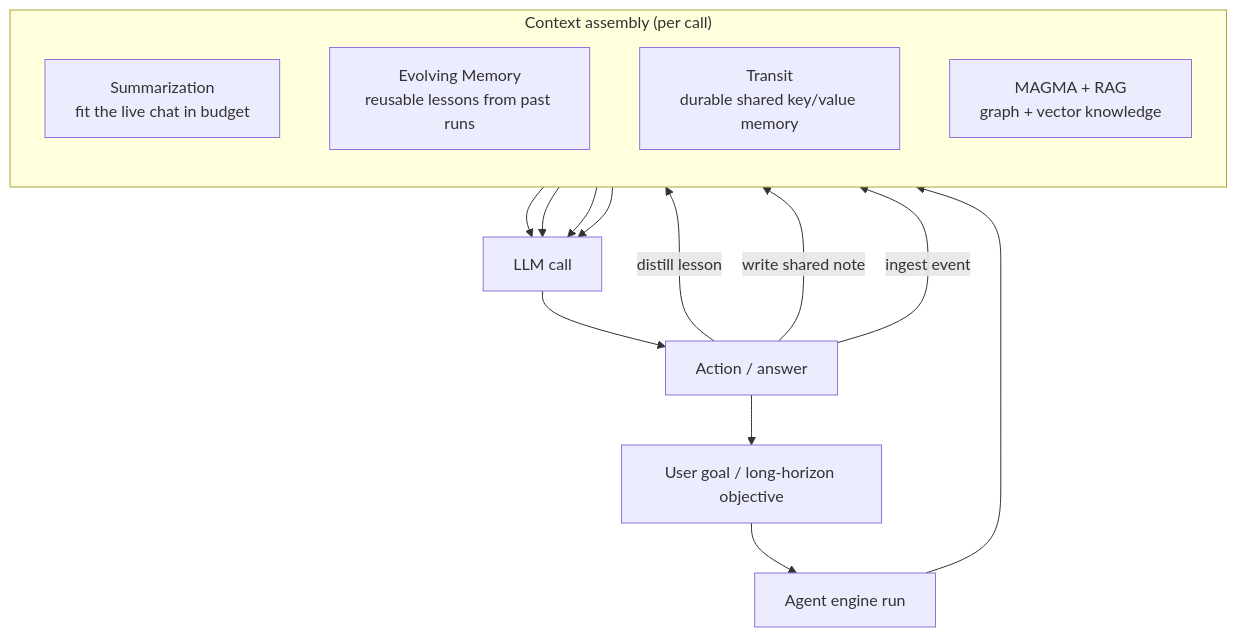
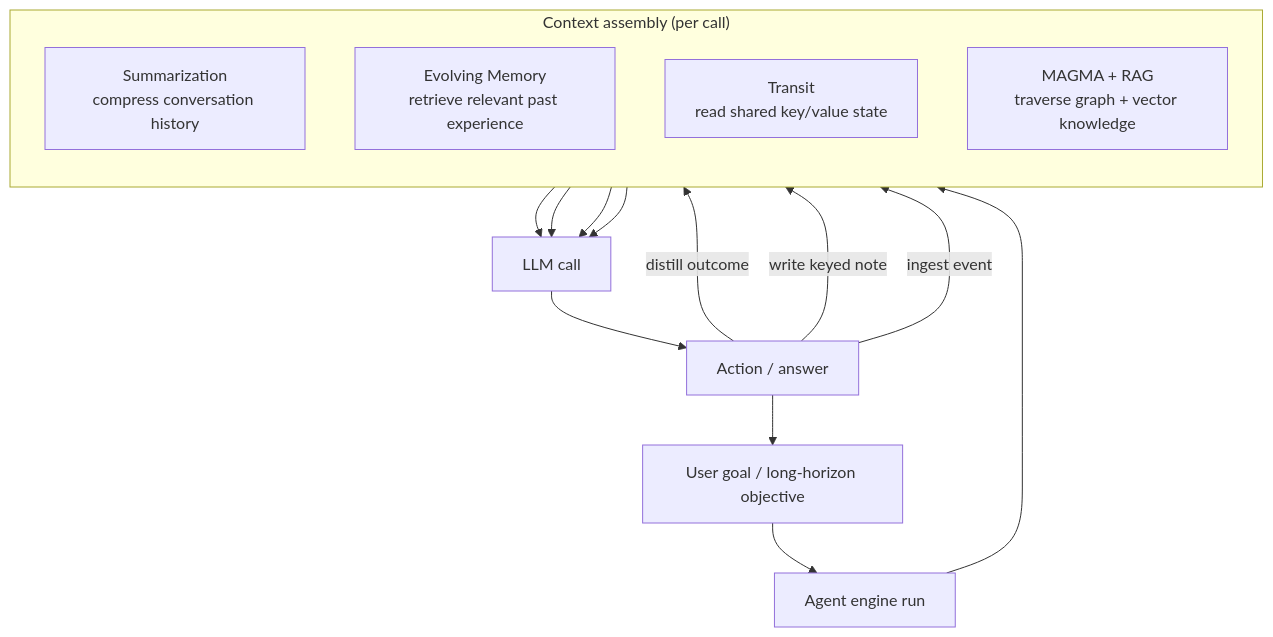
Before and after one commit to intelligencedev/intelligence-web: the first of 9 diagrams in content/manifold-memory-systems.md, drawn with Mermaid. The commit also changed other lines of this file, not shown here.

Commit message:
Changes tone of memory article

```diff
--- a/content/manifold-memory-systems.md
+++ b/content/manifold-memory-systems.md
@@ -80,21 +72,21 @@
 <pre class="mermaid">
 flowchart TD
     U["User goal / long-horizon objective"] --> ENG["Agent engine run"]
     subgraph CTX["Context assembly (per call)"]
       direction TB
-      SUM["Summarization<br/>fit the live chat in budget"]
-      EM["Evolving Memory<br/>reusable lessons from past runs"]
-      TR["Transit<br/>durable shared key/value memory"]
-      MG["MAGMA + RAG<br/>graph + vector knowledge"]
+      SUM["Summarization<br/>compress conversation history"]
+      EM["Evolving Memory<br/>retrieve relevant past experience"]
+      TR["Transit<br/>read shared key/value state"]
+      MG["MAGMA + RAG<br/>traverse graph + vector knowledge"]
     end
     ENG --> CTX
     SUM --> LLM["LLM call"]
     EM --> LLM
     TR --> LLM
     MG --> LLM
     LLM --> OUT["Action / answer"]
-    OUT -->|"distill lesson"| EM
-    OUT -->|"write shared note"| TR
+    OUT -->|"distill outcome"| EM
+    OUT -->|"write keyed note"| TR
     OUT -->|"ingest event"| MG
     OUT --> U
 </pre>
```
